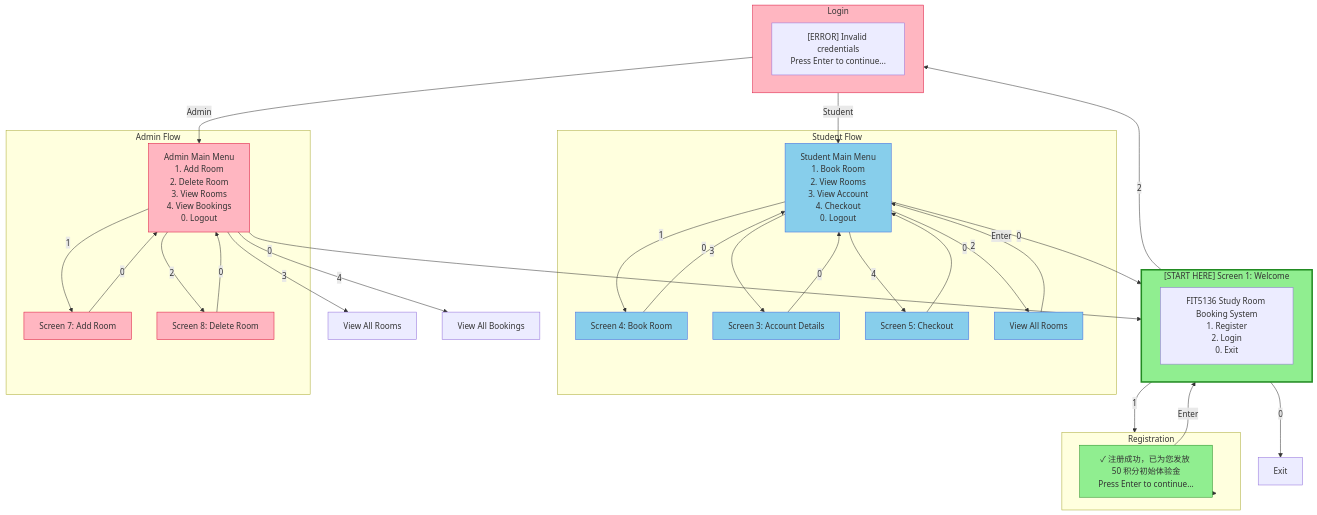
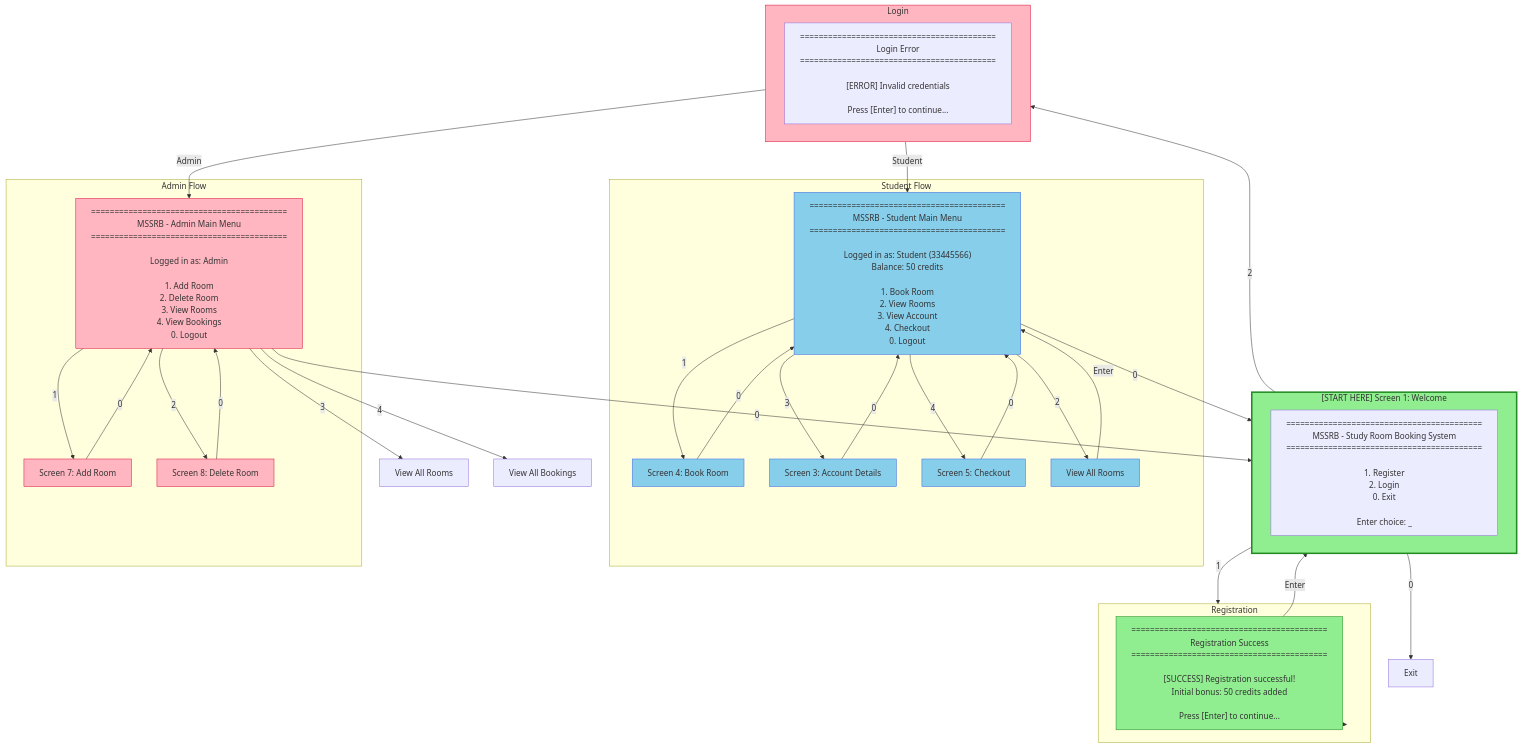
Before and after one commit to alii0110-monash/fit5136-study-room-booking: the diagram in mermaid/member_c/09_complete_system_flow.mmd, drawn with Mermaid. The commit also changed 14 other files, not shown here.

First line of the commit message:
Convert all Mermaid files to screen-style format

```diff
--- a/mermaid/member_c/09_complete_system_flow.mmd
+++ b/mermaid/member_c/09_complete_system_flow.mmd
@@ -1,68 +1,119 @@
 flowchart TB
     subgraph START["[START HERE] Screen 1: Welcome"]
-        W1["FIT5136 Study Room Booking System<br>1. Register<br>2. Login<br>0. Exit"]
+        W1["
+==========================================
+MSSRB - Study Room Booking System
+==========================================
+
+1. Register
+2. Login
+0. Exit
+
+Enter choice: _        "]
     end
 
     subgraph REGISTER["Registration"]
-        R1["✓ 注册成功，已为您发放 50 积分初始体验金<br>Press Enter to continue..."]
+        R1["
+==========================================
+Registration Success
+==========================================
+
+[SUCCESS] Registration successful!
+Initial bonus: 50 credits added
+
+Press [Enter] to continue...
+        "]
     end
 
     subgraph LOGIN["Login"]
-        L1["[ERROR] Invalid credentials<br>Press Enter to continue..."]
+        L1["
+==========================================
+Login Error
+==========================================
+
+[ERROR] Invalid credentials
+
+Press [Enter] to continue...
+        "]
     end
 
     subgraph STUDENT["Student Flow"]
-        SM["Student Main Menu<br>1. Book Room<br>2. View Rooms<br>3. View Account<br>4. Checkout<br>0. Logout"]
+        SM["
+==========================================
+MSSRB - Student Main Menu
+==========================================
+
+Logged in as: Student (33445566)
+Balance: 50 credits
+
+1. Book Room
+2. View Rooms
+3. View Account
+4. Checkout
+0. Logout
+        "]
         BOOK["Screen 4: Book Room"]
         ACCOUNT["Screen 3: Account Details"]
         CHECKOUT["Screen 5: Checkout"]
         VIEW_ROOMS["View All Rooms"]
     end
 
     subgraph ADMIN["Admin Flow"]
-        AM["Admin Main Menu<br>1. Add Room<br>2. Delete Room<br>3. View Rooms<br>4. View Bookings<br>0. Logout"]
+        AM["
+==========================================
+MSSRB - Admin Main Menu
+==========================================
+
+Logged in as: Admin
+
+1. Add Room
+2. Delete Room
+3. View Rooms
+4. View Bookings
+0. Logout
+        "]
         ADD["Screen 7: Add Room"]
         DELETE["Screen 8: Delete Room"]
     end
 
     START -->|"1"| REGISTER
     START -->|"2"| LOGIN
     START -->|"0"| EXIT["Exit"]
 
     REGISTER --> R1
     R1 -->|"Enter"| START
 
     LOGIN -->|"Student"| SM
     LOGIN -->|"Admin"| AM
 
     SM -->|"1"| BOOK
     SM -->|"2"| VIEW_ROOMS
     SM -->|"3"| ACCOUNT
     SM -->|"4"| CHECKOUT
     SM -->|"0"| START
 
     BOOK -->|"0"| SM
     ACCOUNT -->|"0"| SM
     CHECKOUT -->|"0"| SM
     VIEW_ROOMS -->|"Enter"| SM
 
     AM -->|"1"| ADD
     AM -->|"2"| DELETE
     AM -->|"3"| VIEW_ROOMS_ADMIN["View All Rooms"]
     AM -->|"4"| VIEW_BOOKINGS["View All Bookings"]
     AM -->|"0"| START
 
     ADD -->|"0"| AM
     DELETE -->|"0"| AM
 
     style START fill:#90EE90,stroke:#228B22,stroke-width:3px
     style R1 fill:#90EE90,stroke:#228B22
     style SM fill:#87CEEB,stroke:#4169E1
     style AM fill:#FFB6C1,stroke:#DC143C
     style LOGIN fill:#FFB6C1,stroke:#DC143C
     style BOOK fill:#87CEEB,stroke:#4169E1
     style ACCOUNT fill:#87CEEB,stroke:#4169E1
     style CHECKOUT fill:#87CEEB,stroke:#4169E1
     style VIEW_ROOMS fill:#87CEEB,stroke:#4169E1
     style ADD fill:#FFB6C1,stroke:#DC143C
     style DELETE fill:#FFB6C1,stroke:#DC143C
```
